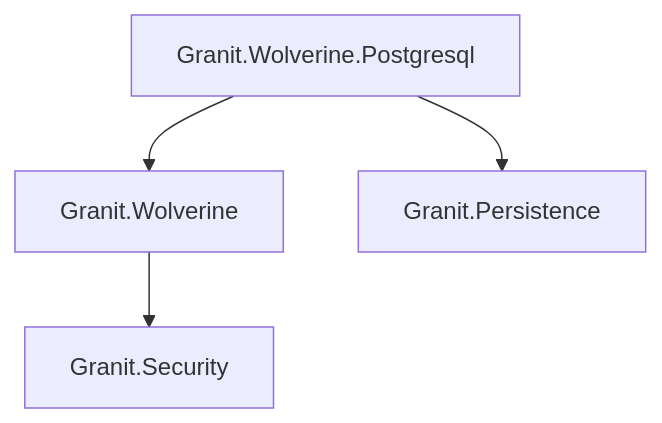
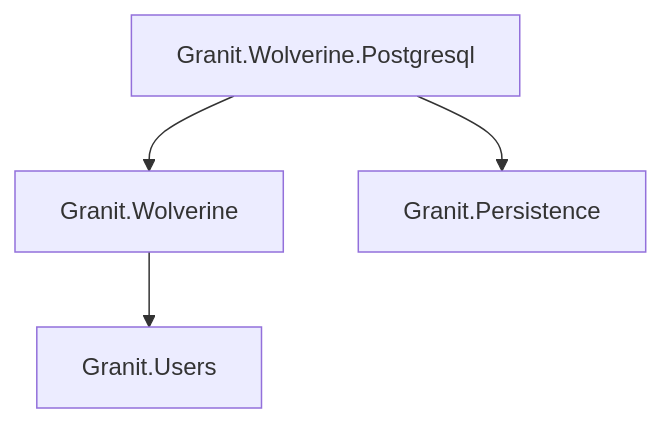
One commit to granit-fx/granit-dotnet changed the first of 3 diagrams in docs-site/src/content/docs/dotnet/infrastructure/wolverine-messaging.mdx. Above: the diagram before and after it, drawn with Mermaid. The commit also changed other lines of this file and 153 other files, not shown here.

````diff
--- a/docs-site/src/content/docs/dotnet/infrastructure/wolverine-messaging.mdx
+++ b/docs-site/src/content/docs/dotnet/infrastructure/wolverine-messaging.mdx
@@ -31,6 +31,6 @@
 ```mermaid
 graph TD
-    W[Granit.Wolverine] --> S[Granit.Security]
+    W[Granit.Wolverine] --> S[Granit.Users]
     WP[Granit.Wolverine.Postgresql] --> W
     WP --> P[Granit.Persistence]
 ```
````
